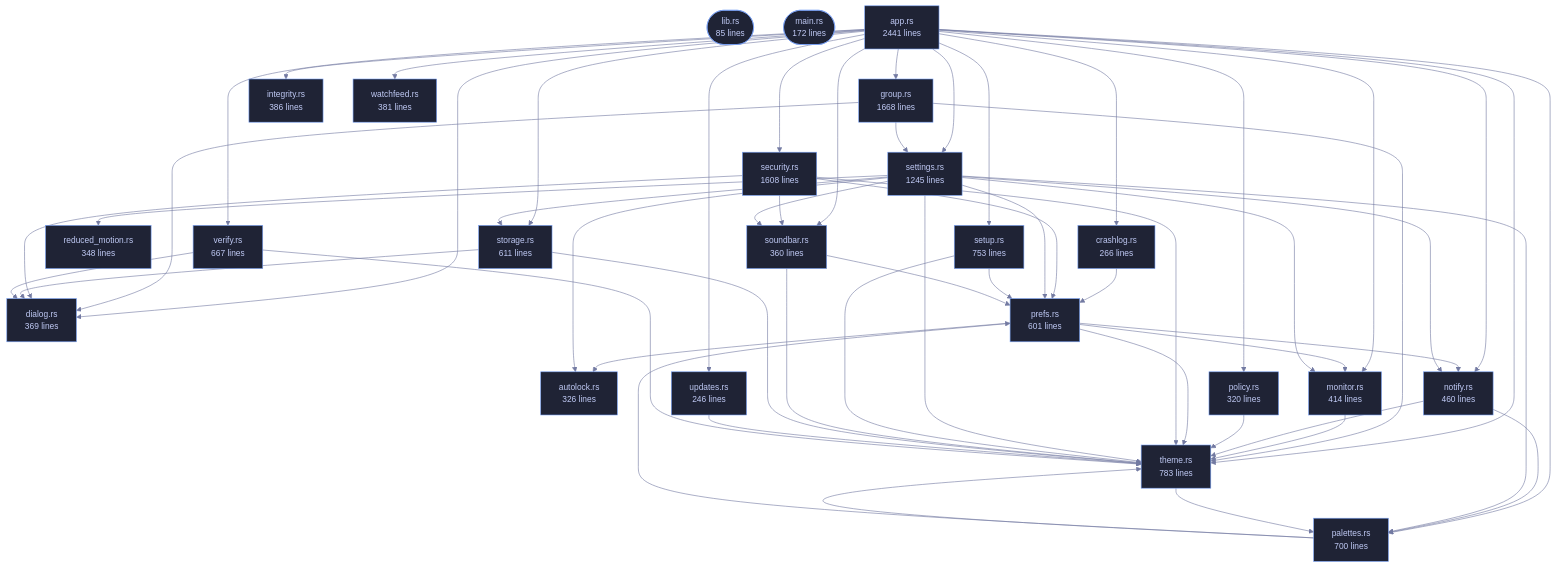
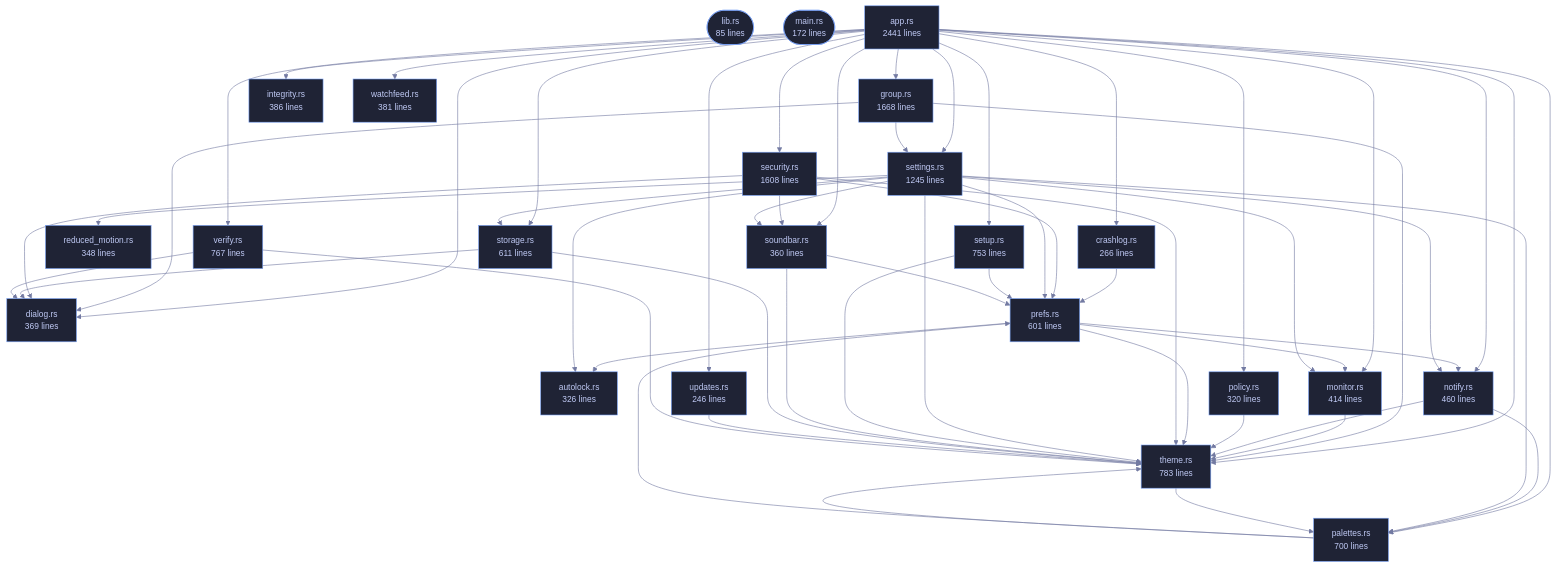
Before and after one commit to tilas01/veilvoice: the diagram in wiki/Crate-veilvoice-gui.md, drawn with Mermaid. The commit also changed other lines of this file and 40 other files, not shown here.

```diff
--- a/wiki/Crate-veilvoice-gui.md
+++ b/wiki/Crate-veilvoice-gui.md
@@ -102,7 +102,7 @@
     n_storage["storage.rs<br/>611 lines"]
     n_theme["theme.rs<br/>783 lines"]
     n_updates["updates.rs<br/>246 lines"]
-    n_verify["verify.rs<br/>667 lines"]
+    n_verify["verify.rs<br/>767 lines"]
     n_watchfeed["watchfeed.rs<br/>381 lines"]
     n_app --> n_crashlog
     n_app --> n_dialog
```
